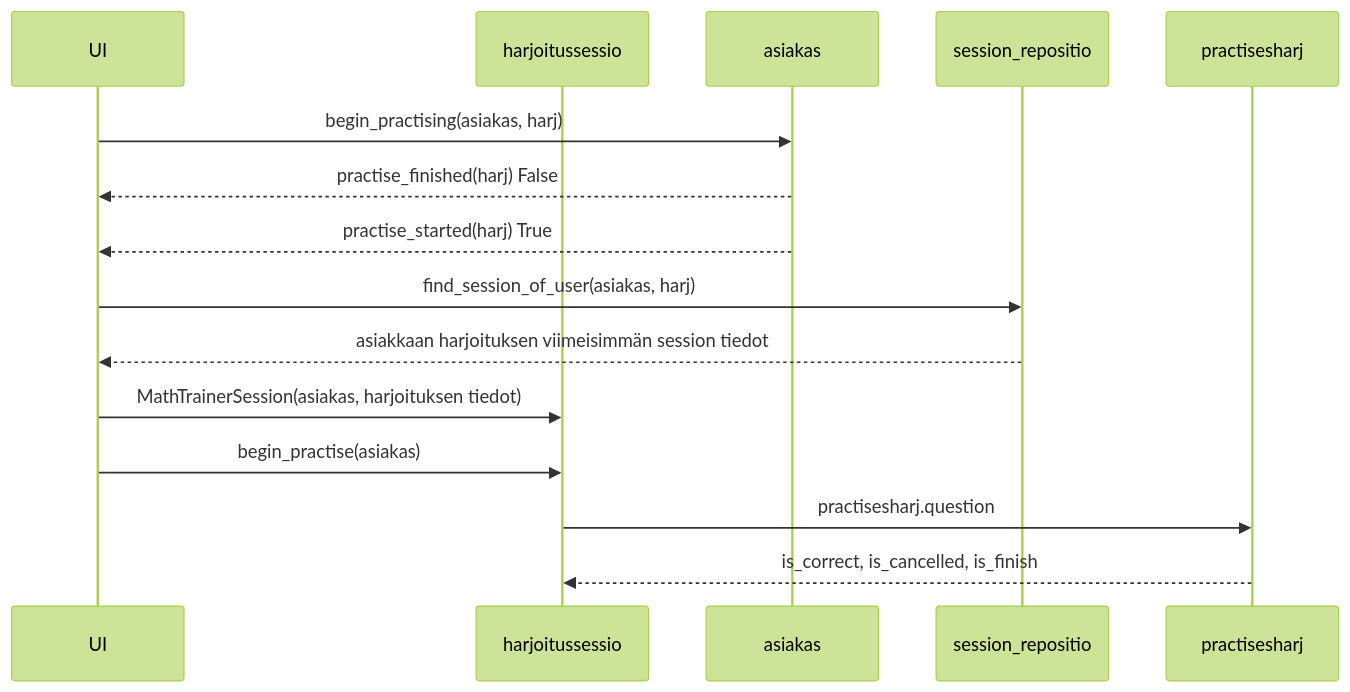
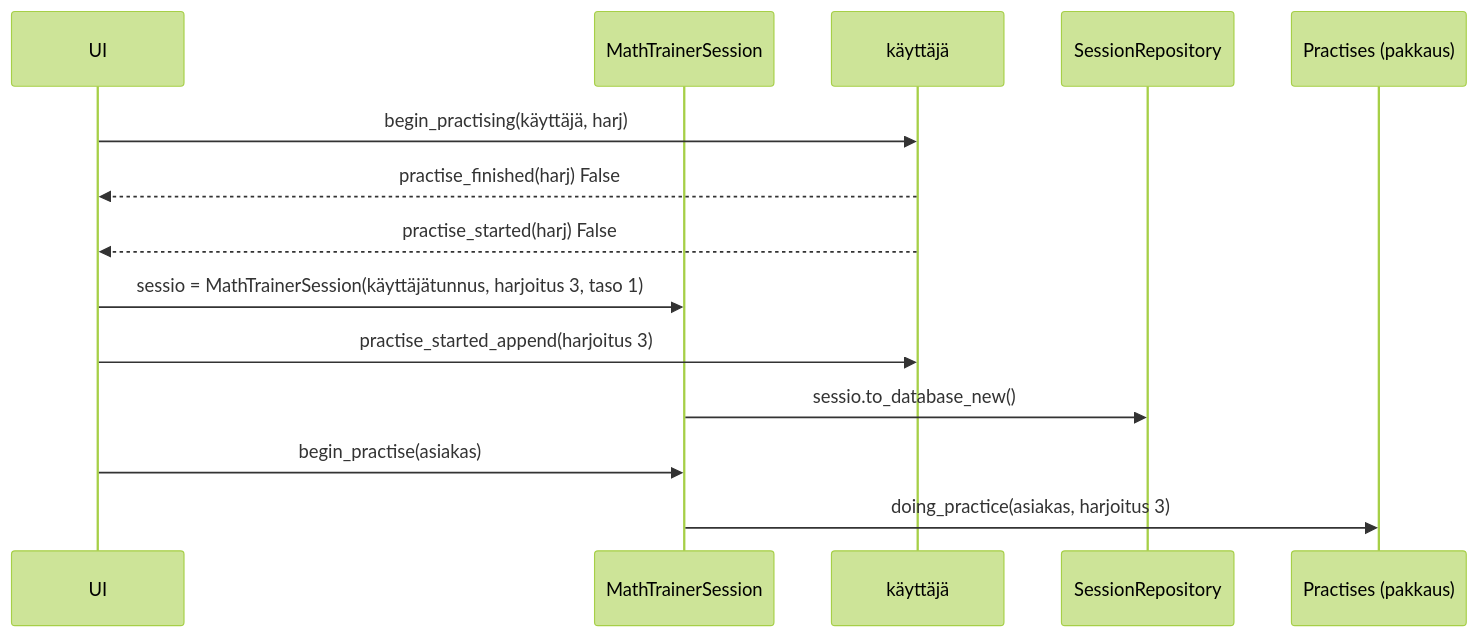
The third of 4 diagrams in mathtrainer/dokumentaatio/arkkitehtuuri.md (arskav/ot-harjoitustyo), drawn with Mermaid (forest theme) before and after one commit. The commit also changed other lines of this file and 1 other file, not shown here.

````diff
--- a/mathtrainer/dokumentaatio/arkkitehtuuri.md
+++ b/mathtrainer/dokumentaatio/arkkitehtuuri.md
@@ -137,14 +174,14 @@
 ```mermaid
     sequenceDiagram
     participant UI
-    participant harjoitussessio
-    UI ->> asiakas: begin_practising(asiakas, harj)
-    asiakas -->> UI: practise_finished(harj) False
-    asiakas -->> UI: practise_started(harj) True
-    UI ->> session_repositio: find_session_of_user(asiakas, harj)
-    session_repositio -->> UI: asiakkaan harjoituksen viimeisimmän session tiedot 
-    UI ->> harjoitussessio: MathTrainerSession(asiakas, harjoituksen tiedot)
-    UI ->> harjoitussessio: begin_practise(asiakas)
-    harjoitussessio ->> practisesharj: practisesharj.question
-    practisesharj -->> harjoitussessio: is_correct, is_cancelled, is_finish
+    participant MathTrainerSession
+    UI ->> käyttäjä: begin_practising(käyttäjä, harj)
+    käyttäjä -->> UI: practise_finished(harj) False
+    käyttäjä -->> UI: practise_started(harj) False
+    UI ->> MathTrainerSession: sessio = MathTrainerSession(käyttäjätunnus, harjoitus 3, taso 1)
+    UI ->> käyttäjä: practise_started_append(harjoitus 3)
+    MathTrainerSession ->> SessionRepository: sessio.to_database_new()
+    UI ->> MathTrainerSession: begin_practise(asiakas)
+    MathTrainerSession ->> Practises (pakkaus): doing_practice(asiakas, harjoitus 3)
+    
 ```
````
